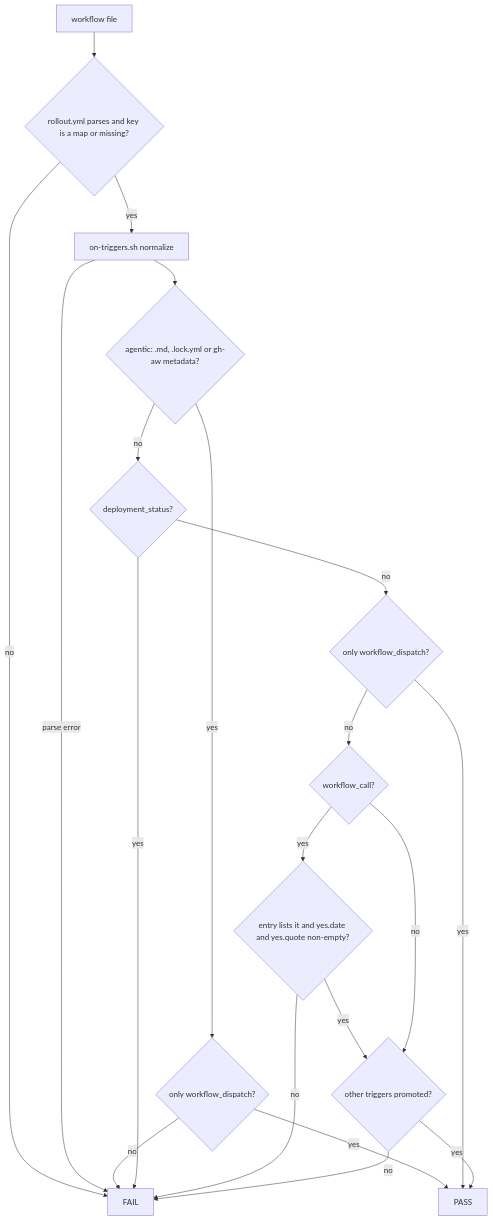
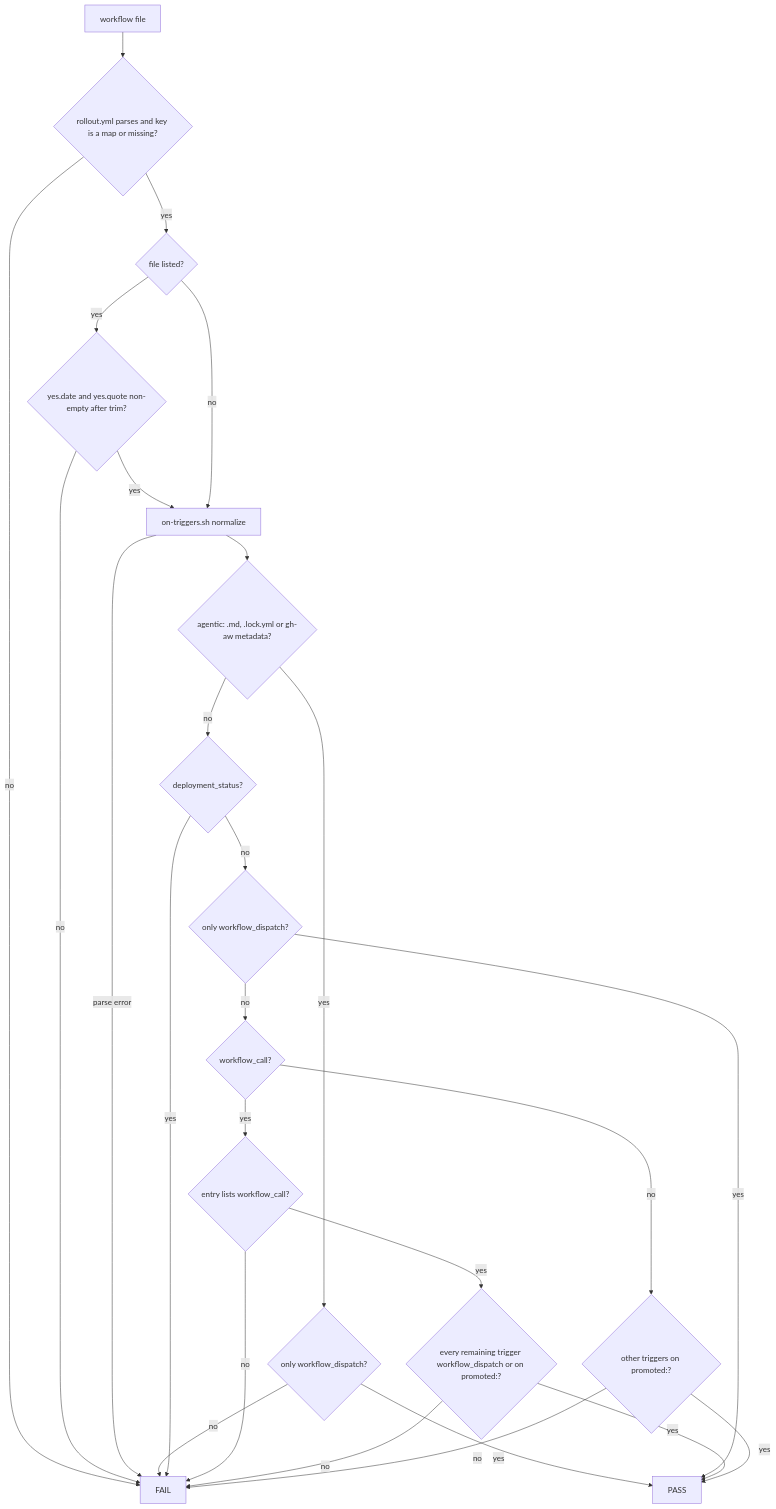
Before and after one commit to svennijhuis/agentic-workflows: the first of 2 diagrams in docs/pbi/smoke/SM05.md, drawn with Mermaid. The commit also changed other lines of this file and 5 other files, not shown here.

````diff
--- a/docs/pbi/smoke/SM05.md
+++ b/docs/pbi/smoke/SM05.md
@@ -87,22 +118,28 @@
 ```mermaid
 flowchart TD
   F[workflow file] --> RP{rollout.yml parses and key is a map or missing?}
   RP -->|no| X[FAIL]
-  RP -->|yes| N[on-triggers.sh normalize]
+  RP -->|yes| E{file listed?}
+  E -->|yes| Q{yes.date and yes.quote non-empty after trim?}
+  Q -->|no| X
+  Q -->|yes| N[on-triggers.sh normalize]
+  E -->|no| N
   N -->|parse error| X
   N --> K{agentic: .md, .lock.yml or gh-aw metadata?}
   K -->|yes| D{only workflow_dispatch?}
   D -->|no| X
   D -->|yes| OK[PASS]
   K -->|no| DS{deployment_status?}
   DS -->|yes| X
   DS -->|no| WD{only workflow_dispatch?}
   WD -->|yes| OK
   WD -->|no| WC{workflow_call?}
-  WC -->|yes| L{entry lists it and yes.date and yes.quote non-empty?}
+  WC -->|yes| L{entry lists workflow_call?}
   L -->|no| X
-  L -->|yes| P
-  WC -->|no| P{other triggers promoted?}
+  L -->|yes| RT{every remaining trigger workflow_dispatch or on promoted:?}
+  RT -->|yes| OK
+  RT -->|no| X
+  WC -->|no| P{other triggers on promoted:?}
   P -->|yes| OK
   P -->|no| X
 ```
````
